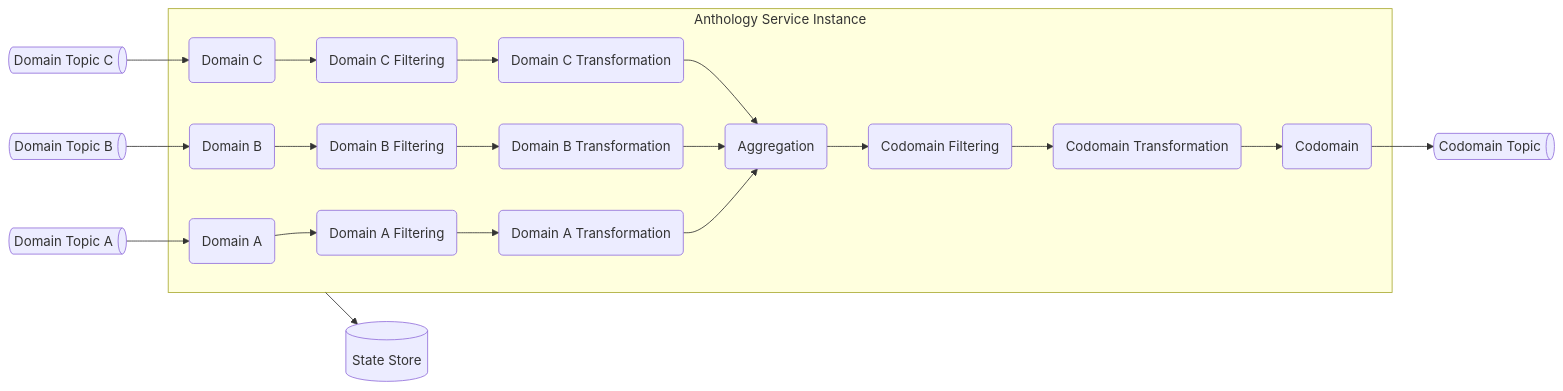
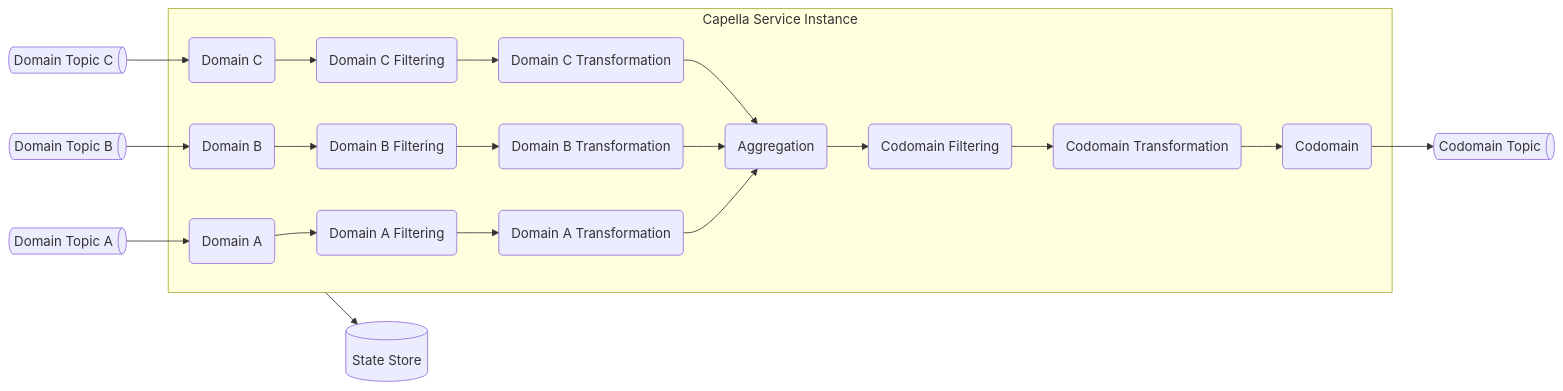
Before and after one commit to otto-de/anthology: the diagram in README.md, drawn with Mermaid. The commit also changed other lines of this file and 176 other files, not shown here.

````diff
--- a/README.md
+++ b/README.md
@@ -17,40 +17,40 @@
 ```mermaid
 flowchart LR
     DTA@{ shape: h-cyl, label: "Domain Topic A" }
     DTB@{ shape: h-cyl, label: "Domain Topic B" }
     DTC@{ shape: h-cyl, label: "Domain Topic C" }
     DTA --> DA
     DTB --> DB
     DTC --> DC
-    subgraph SERVICE["Anthology Service Instance"]
+    subgraph SERVICE["Capella Service Instance"]
     DA(Domain A)
     DB(Domain B)
     DC(Domain C)
     FDA(Domain A Filtering)
     FDB(Domain B Filtering)
     FDC(Domain C Filtering)
     TDA(Domain A Transformation)
     TDB(Domain B Transformation)
     TDC(Domain C Transformation)
     AGG(Aggregation)
     FCO(Codomain Filtering)
     TCO(Codomain Transformation)
     PUB(Codomain)
     DA --> FDA
     DB --> FDB
     DC --> FDC
     FDA --> TDA
     FDB --> TDB
     FDC --> TDC
     TDA --> AGG
     TDB --> AGG
     TDC --> AGG
     AGG --> FCO
     FCO --> TCO
     TCO --> PUB
     end
     TA@{ shape: h-cyl, label: "Codomain Topic" }
     STR@{ shape: cyl, label: "State Store" }
     SERVICE --> STR
     PUB --> TA
 ```
````
